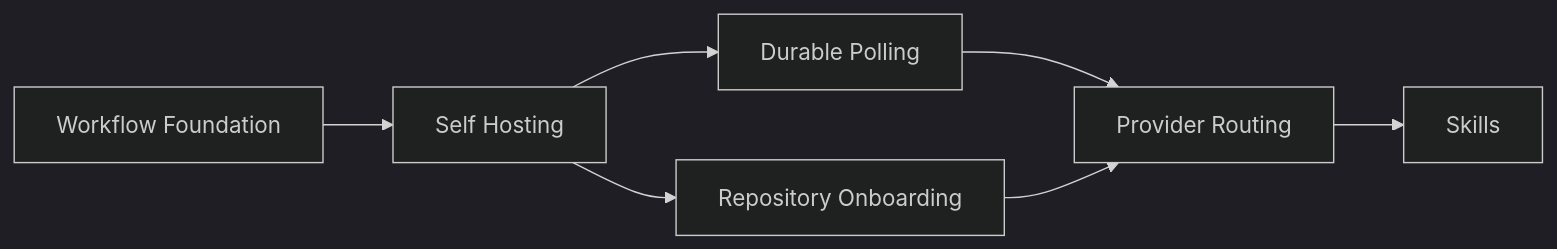
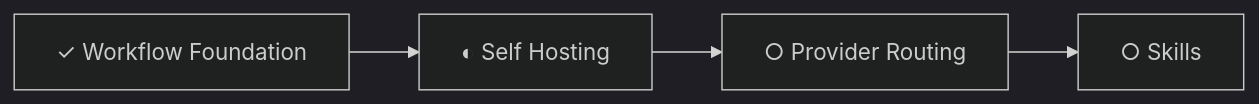
One commit to RedEagleSoftware/the-circus changed the first of 4 diagrams in docs/capability-tree.md. Above: the diagram before and after it, drawn with Mermaid (dark theme). The commit also changed other lines of this file, not shown here.

Commit message:
Update capability-tree.md: refine structure and visualize workflow dependencies

````diff
--- a/docs/capability-tree.md
+++ b/docs/capability-tree.md
@@ -3,16 +5,11 @@
 ```mermaid
 flowchart LR
-    foundation[Workflow Foundation]
-    selfhost[Self Hosting]
-    polling[Durable Polling]
-    repo[Repository Onboarding]
-    providers[Provider Routing]
-    skills[Skills]
+    foundation["✓ Workflow Foundation"]
+    selfhost["◐ Self Hosting"]
+    routing["○ Provider Routing"]
+    skills["○ Skills"]
 
     foundation --> selfhost
-    selfhost --> polling
-    selfhost --> repo
-    polling --> providers
-    repo --> providers
-    providers --> skills
+    selfhost --> routing
+    routing --> skills
 ```
````
